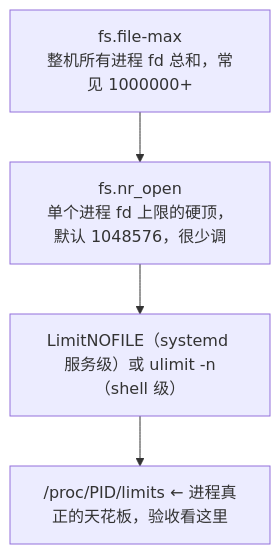
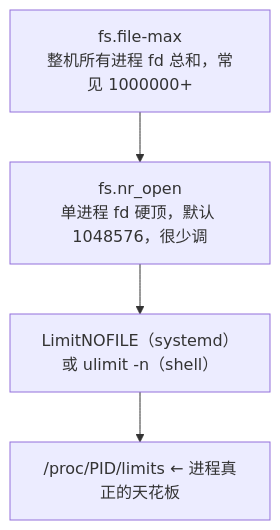
One commit to ml-cuizijun/LearnToLilith changed the second of 5 diagrams in 01-基础底座/24-内核参数与sysctl/知识点.md. Above: the diagram before and after it, drawn with Mermaid. The commit also changed other lines of this file and 178 other files, not shown here.

````diff
--- a/01-基础底座/24-内核参数与sysctl/知识点.md
+++ b/01-基础底座/24-内核参数与sysctl/知识点.md
@@ -194,7 +195,7 @@
 ```mermaid
 graph TD
     A["fs.file-max<br/>整机所有进程 fd 总和，常见 1000000+"]
-    A --> B["fs.nr_open<br/>单个进程 fd 上限的硬顶，默认 1048576，很少调"]
-    B --> C["LimitNOFILE（systemd 服务级）或 ulimit -n（shell 级）"]
-    C --> D["/proc/PID/limits ← 进程真正的天花板，验收看这里"]
+    A --> B["fs.nr_open<br/>单进程 fd 硬顶，默认 1048576，很少调"]
+    B --> C["LimitNOFILE（systemd）或 ulimit -n（shell）"]
+    C --> D["/proc/PID/limits ← 进程真正的天花板"]
 ```
````
